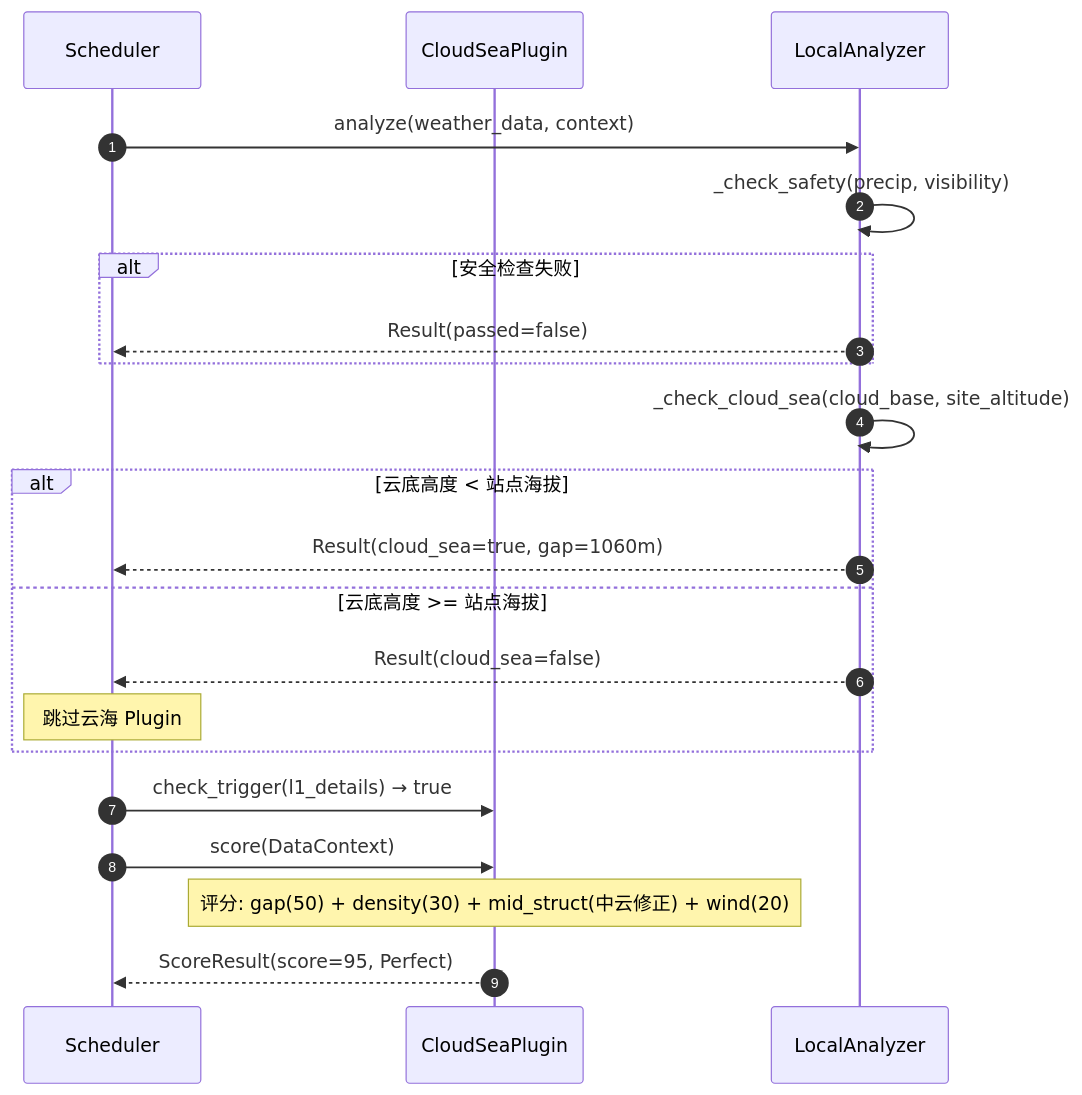
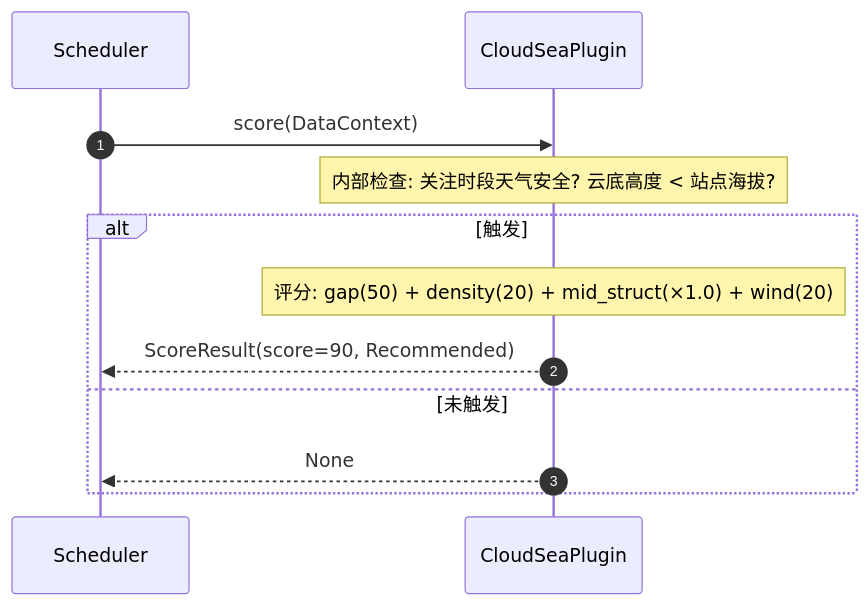
One commit to mpb159753/golden-moment-predictor changed the seventh of 12 diagrams in design/06-class-sequence.md. Above: the diagram before and after it, drawn with Mermaid. The commit also changed other lines of this file and 123 other files, not shown here.

````diff
--- a/design/06-class-sequence.md
+++ b/design/06-class-sequence.md
@@ -463,26 +416,15 @@
 ```mermaid
 sequenceDiagram
     autonumber
     participant S as Scheduler
     participant P as CloudSeaPlugin
-    participant LA as LocalAnalyzer
 
-    S->>LA: analyze(weather_data, context)
-    LA->>LA: _check_safety(precip, visibility)
-    alt 安全检查失败
-        LA-->>S: Result(passed=false)
+    S->>P: score(DataContext)
+    Note over P: 内部检查: 关注时段天气安全? 云底高度 < 站点海拔?
+    alt 触发
+        Note over P: 评分: gap(50) + density(20) + mid_struct(×1.0) + wind(20)
+        P-->>S: ScoreResult(score=90, Recommended)
+    else 未触发
+        P-->>S: None
     end
-
-    LA->>LA: _check_cloud_sea(cloud_base, site_altitude)
-    alt 云底高度 < 站点海拔
-        LA-->>S: Result(cloud_sea=true, gap=1060m)
-    else 云底高度 >= 站点海拔
-        LA-->>S: Result(cloud_sea=false)
-        Note over S: 跳过云海 Plugin
-    end
-
-    S->>P: check_trigger(l1_details) → true
-    S->>P: score(DataContext)
-    Note over P: 评分: gap(50) + density(30) + mid_struct(中云修正) + wind(20)
-    P-->>S: ScoreResult(score=95, Perfect)
 ```
````
